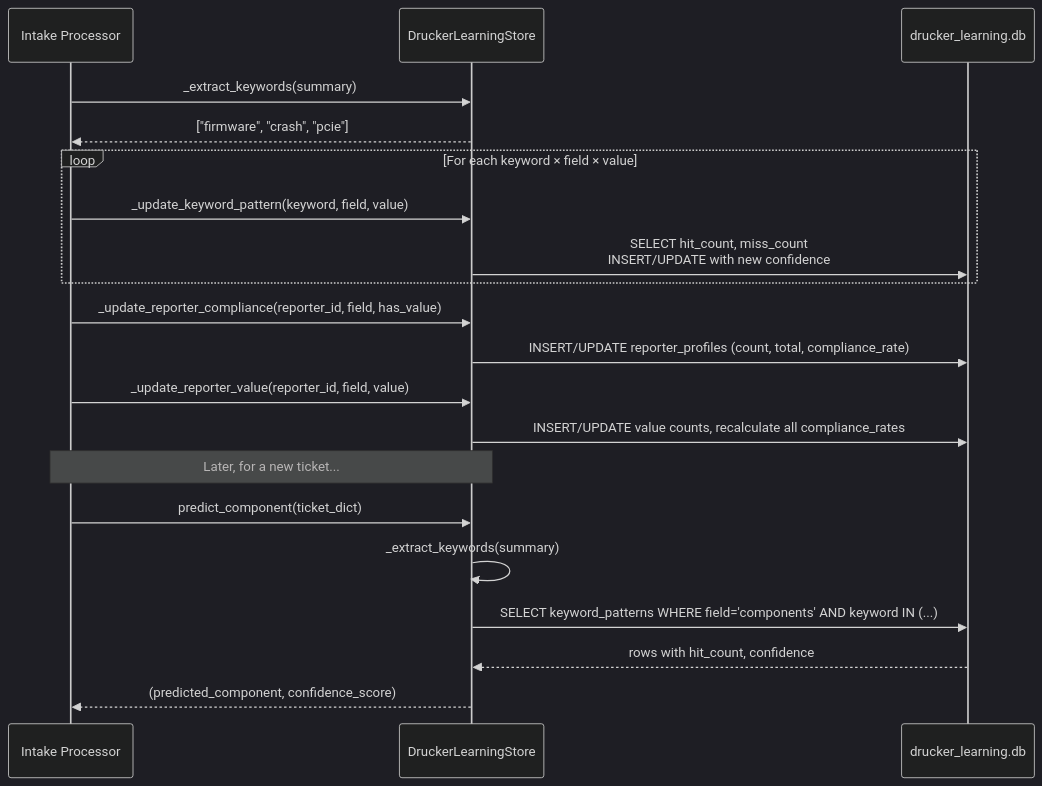
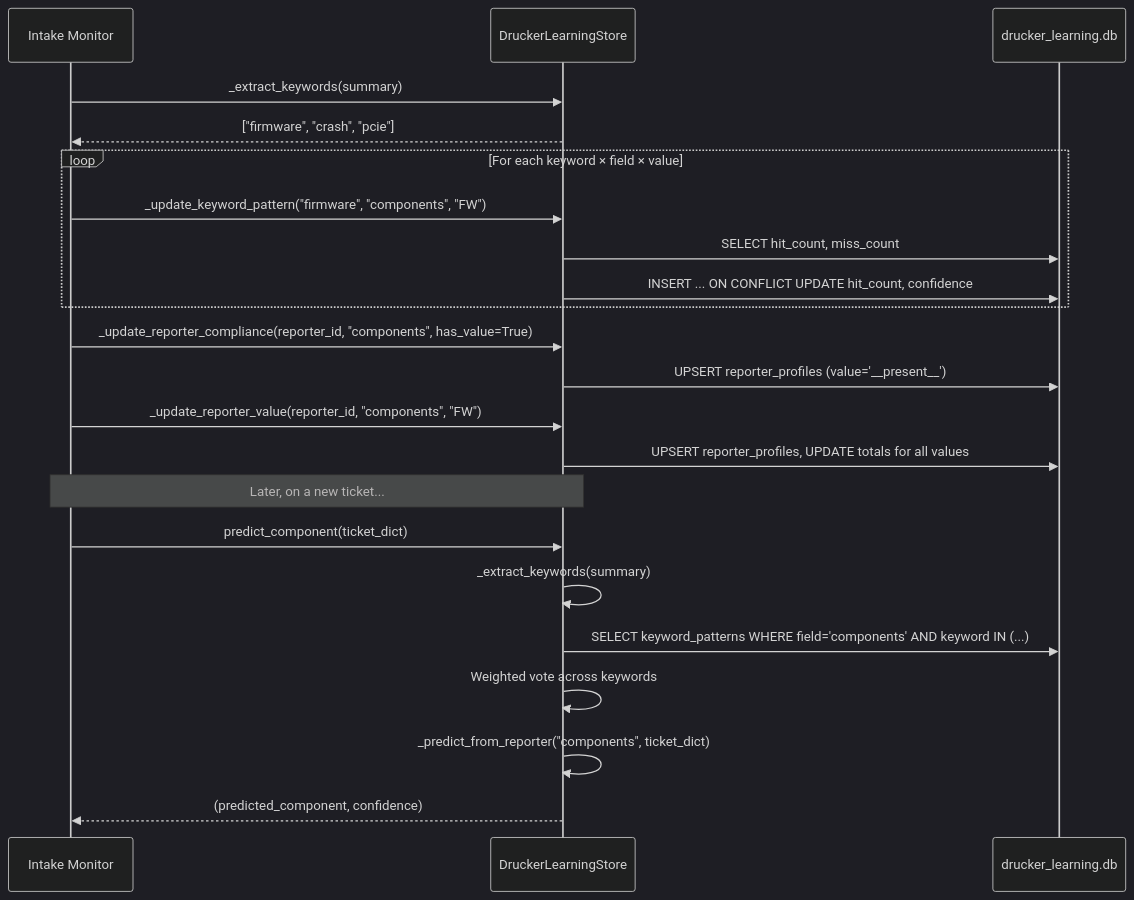
One commit to jmac-cornelis/agent-workforce changed the fourth of 4 diagrams in docs/agents-drucker-state.md. Above: the diagram before and after it, drawn with Mermaid (dark theme). The commit also changed other lines of this file and 8 other files, not shown here.

````diff
--- a/docs/agents-drucker-state.md
+++ b/docs/agents-drucker-state.md
@@ -139,28 +161,30 @@
 ```mermaid
 sequenceDiagram
-    participant Intake as Intake Processor
+    participant Intake as Intake Monitor
     participant LS as DruckerLearningStore
     participant DB as drucker_learning.db
 
     Intake->>LS: _extract_keywords(summary)
     LS-->>Intake: ["firmware", "crash", "pcie"]
 
     loop For each keyword × field × value
-        Intake->>LS: _update_keyword_pattern(keyword, field, value)
-        LS->>DB: SELECT hit_count, miss_count<br/>INSERT/UPDATE with new confidence
+        Intake->>LS: _update_keyword_pattern("firmware", "components", "FW")
+        LS->>DB: SELECT hit_count, miss_count
+        LS->>DB: INSERT ... ON CONFLICT UPDATE hit_count, confidence
     end
 
-    Intake->>LS: _update_reporter_compliance(reporter_id, field, has_value)
-    LS->>DB: INSERT/UPDATE reporter_profiles (count, total, compliance_rate)
+    Intake->>LS: _update_reporter_compliance(reporter_id, "components", has_value=True)
+    LS->>DB: UPSERT reporter_profiles (value='__present__')
 
-    Intake->>LS: _update_reporter_value(reporter_id, field, value)
-    LS->>DB: INSERT/UPDATE value counts, recalculate all compliance_rates
+    Intake->>LS: _update_reporter_value(reporter_id, "components", "FW")
+    LS->>DB: UPSERT reporter_profiles, UPDATE totals for all values
 
-    Note over Intake,LS: Later, for a new ticket...
+    Note over Intake,LS: Later, on a new ticket...
 
     Intake->>LS: predict_component(ticket_dict)
     LS->>LS: _extract_keywords(summary)
     LS->>DB: SELECT keyword_patterns WHERE field='components' AND keyword IN (...)
-    DB-->>LS: rows with hit_count, confidence
-    LS-->>Intake: (predicted_component, confidence_score)
+    LS->>LS: Weighted vote across keywords
+    LS->>LS: _predict_from_reporter("components", ticket_dict)
+    LS-->>Intake: (predicted_component, confidence)
 ```
````
